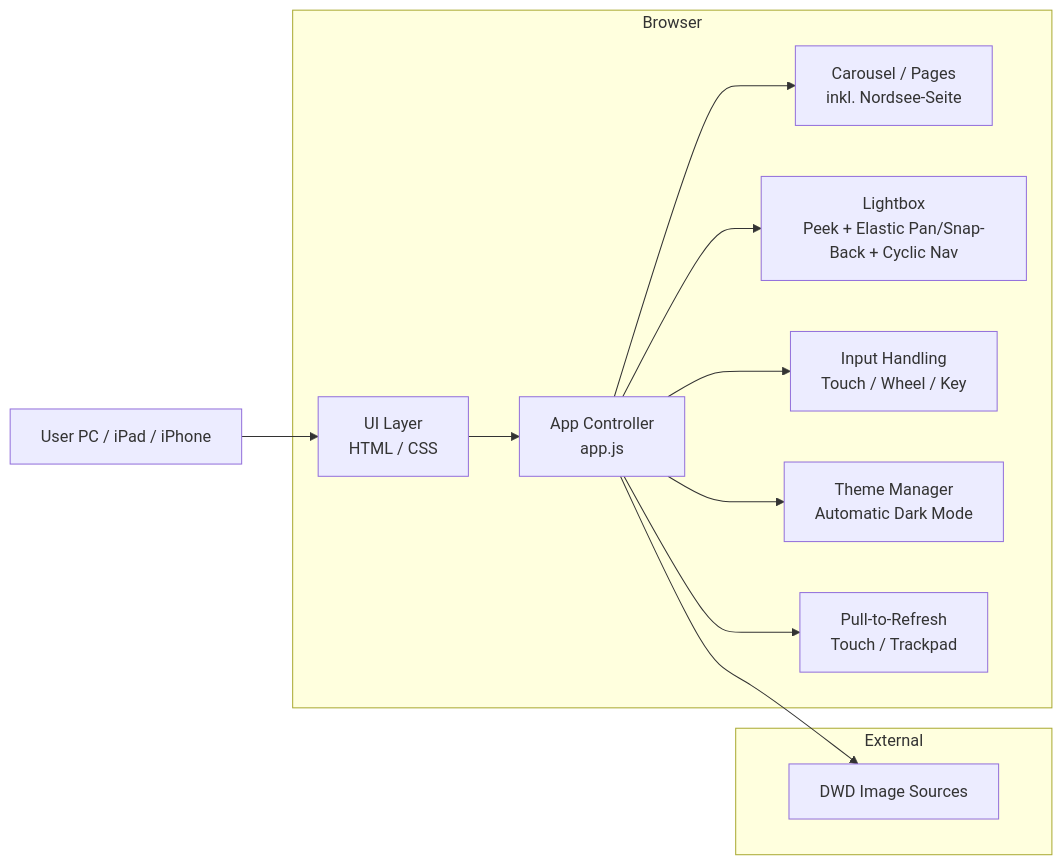
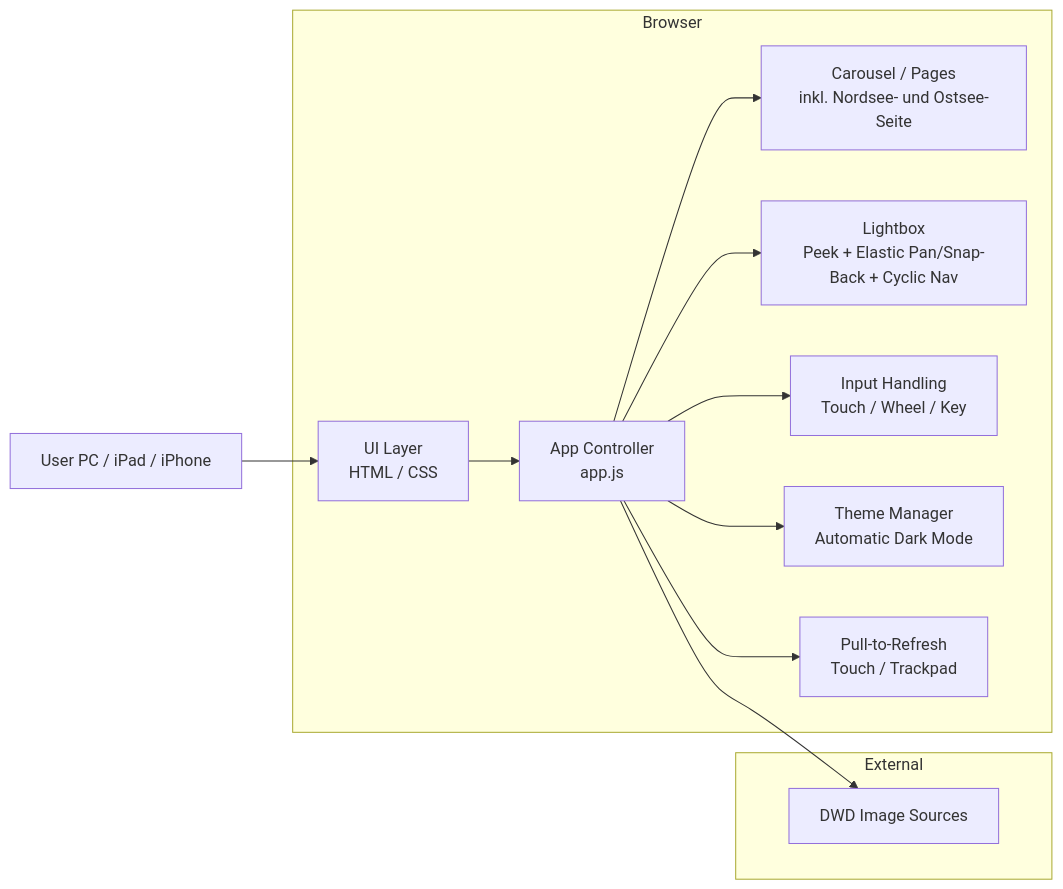
The diagram in docs/Gesamtarchitektur.md (w465jt7pm9-cpu/dwd-dashboard), drawn with Mermaid before and after one commit. The commit also changed 5 other files, not shown here.

````diff
--- a/docs/Gesamtarchitektur.md
+++ b/docs/Gesamtarchitektur.md
@@ -3,24 +3,24 @@
 ```mermaid
 flowchart LR
   User[User PC / iPad / iPhone]
   subgraph Browser
     UI[UI Layer<br/>HTML / CSS]
     App[App Controller<br/>app.js]
-    Carousel[Carousel / Pages<br/>inkl. Nordsee-Seite]
+    Carousel[Carousel / Pages<br/>inkl. Nordsee- und Ostsee-Seite]
     Lightbox[Lightbox<br/>Peek + Elastic Pan/Snap-Back + Cyclic Nav]
     Gestures[Input Handling<br/>Touch / Wheel / Key]
     Theme[Theme Manager<br/>Automatic Dark Mode]
     Refresh[Pull-to-Refresh<br/>Touch / Trackpad]
   end
   subgraph External
     DWD[DWD Image Sources]
   end
   User --> UI
   UI --> App
   App --> Carousel
   App --> Lightbox
   App --> Gestures
   App --> Theme
   App --> Refresh
   App --> DWD
 ```
````
